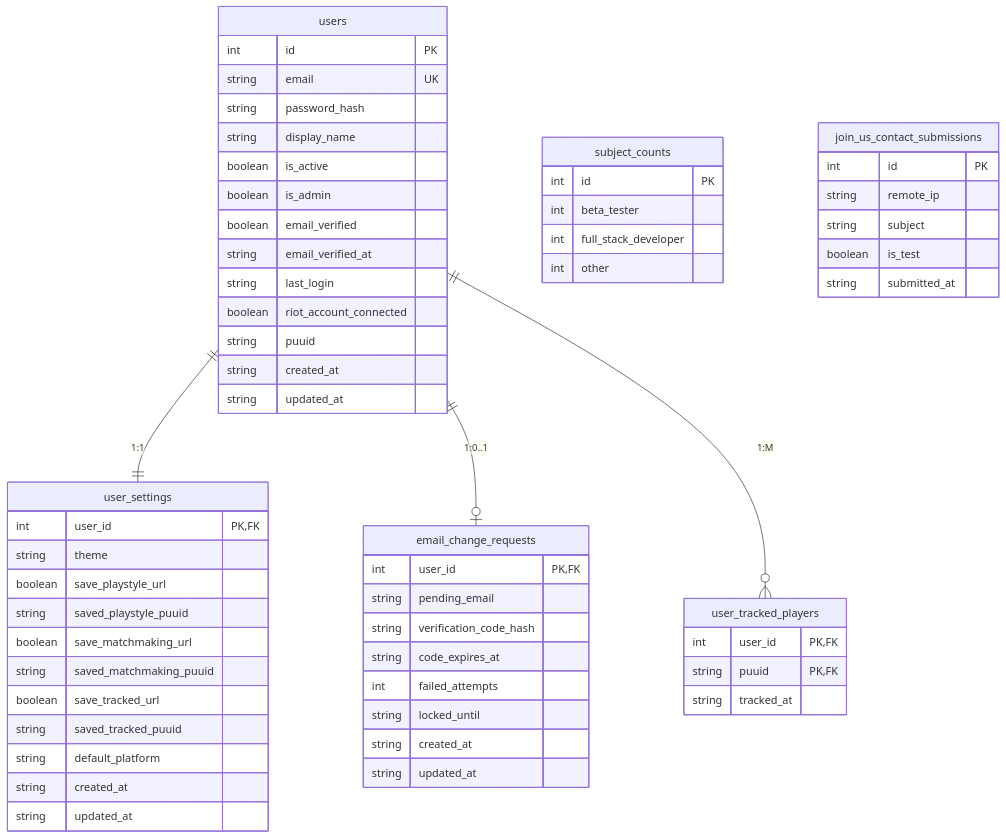
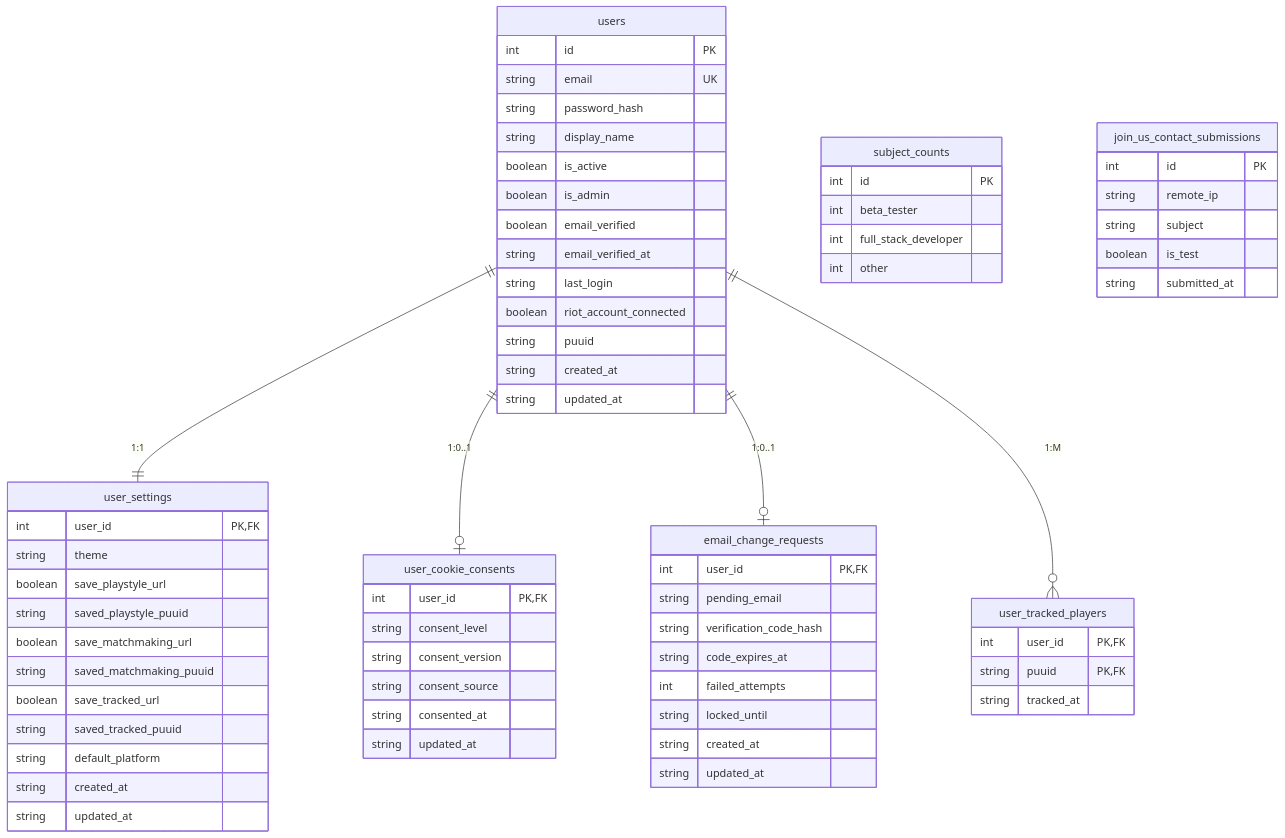
One commit to matejkadlec/league-analysis changed the first of 3 diagrams in docs/database.md. Above: the diagram before and after it, drawn with Mermaid. The commit also changed other lines of this file and 42 other files, not shown here.

````diff
--- a/docs/database.md
+++ b/docs/database.md
@@ -15,68 +15,78 @@
 ```mermaid
 erDiagram
     users ||--|| user_settings : "1:1"
+    users ||--o| user_cookie_consents : "1:0..1"
     users ||--o| email_change_requests : "1:0..1"
     users ||--o{ user_tracked_players : "1:M"
 
     users {
         int id PK
         string email UK
         string password_hash
         string display_name
         boolean is_active
         boolean is_admin
         boolean email_verified
         string email_verified_at
         string last_login
         boolean riot_account_connected
         string puuid
         string created_at
         string updated_at
     }
 
     user_settings {
         int user_id PK, FK
         string theme
         boolean save_playstyle_url
         string saved_playstyle_puuid
         boolean save_matchmaking_url
         string saved_matchmaking_puuid
         boolean save_tracked_url
         string saved_tracked_puuid
         string default_platform
         string created_at
+        string updated_at
+    }
+
+    user_cookie_consents {
+        int user_id PK, FK
+        string consent_level
+        string consent_version
+        string consent_source
+        string consented_at
         string updated_at
     }
 
     user_tracked_players {
         int user_id PK, FK
         string puuid PK, FK
         string tracked_at
     }
 
     email_change_requests {
         int user_id PK, FK
         string pending_email
         string verification_code_hash
         string code_expires_at
         int failed_attempts
         string locked_until
         string created_at
         string updated_at
     }
 
     subject_counts {
         int id PK
         int beta_tester
         int full_stack_developer
         int other
     }
 
     join_us_contact_submissions {
         int id PK
         string remote_ip
         string subject
         boolean is_test
         string submitted_at
     }
 ```
````
